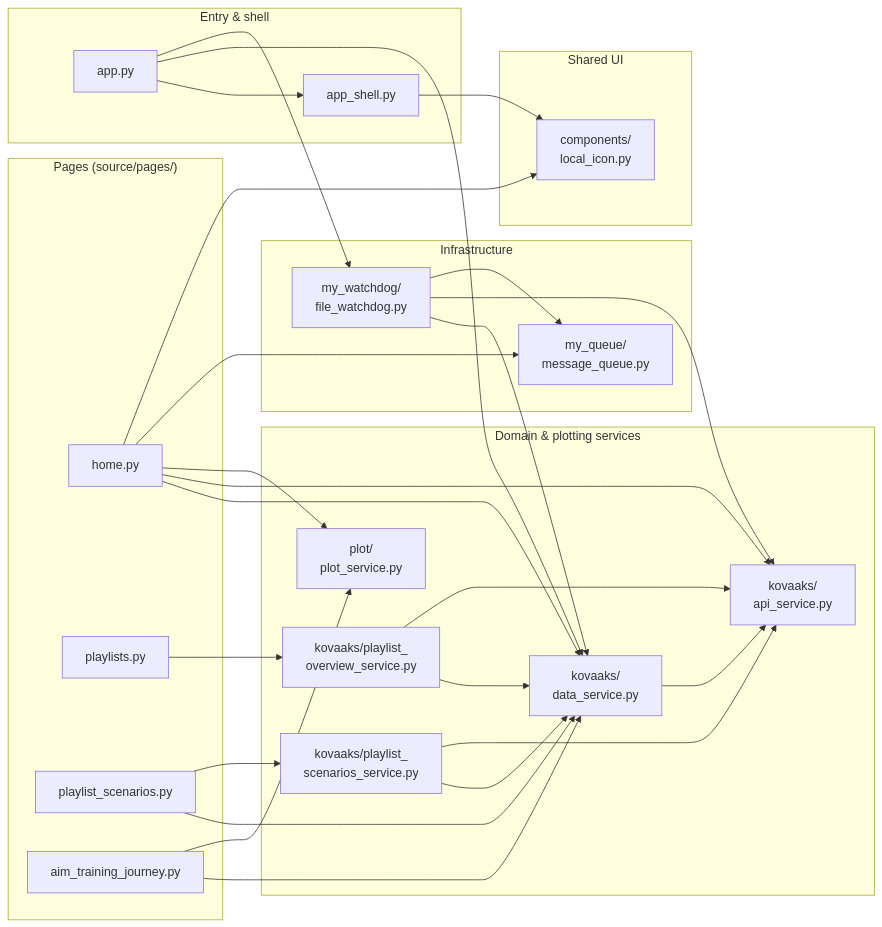
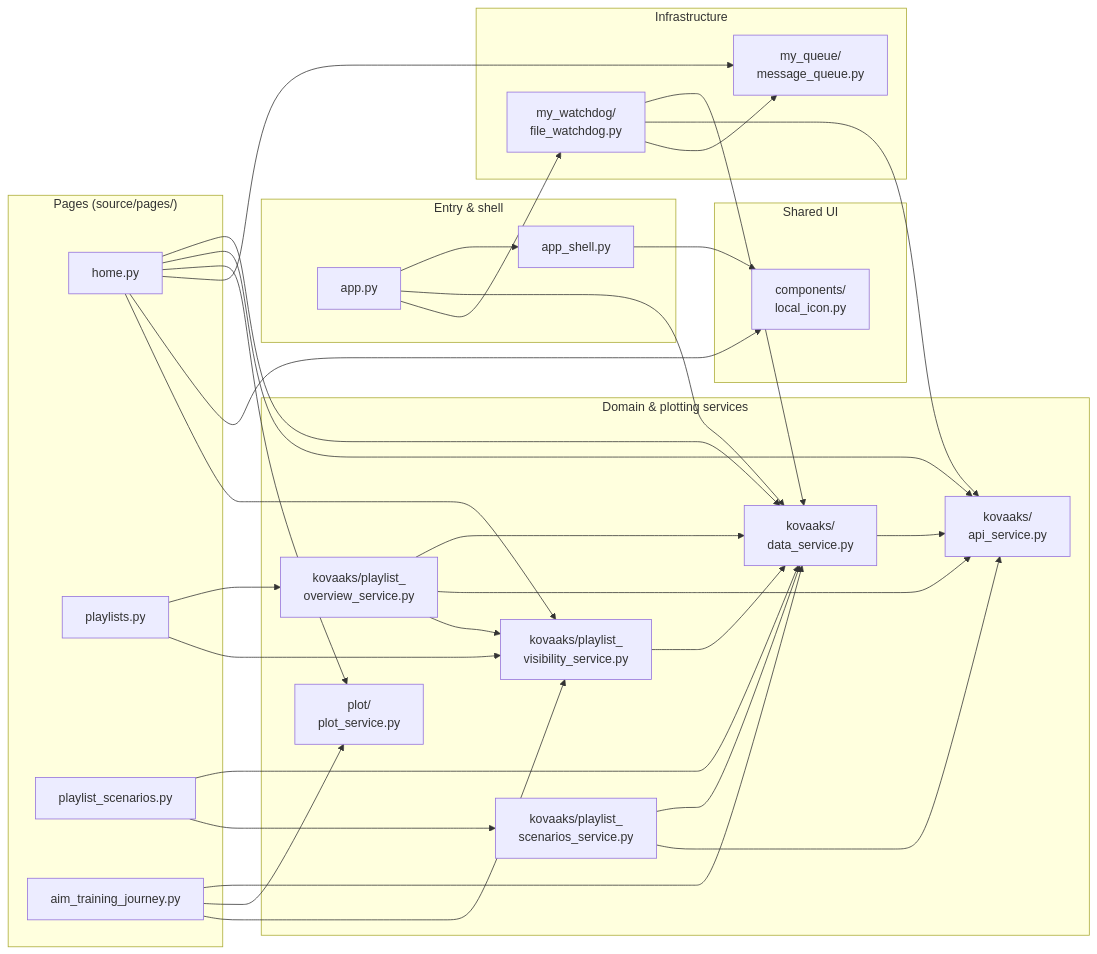
One commit to MingoDynasty/Corporate-Serf-Dashboard changed the third of 3 diagrams in docs/architecture.md. Above: the diagram before and after it, drawn with Mermaid. The commit also changed other lines of this file and 17 other files, not shown here.

First line of the commit message:
feat: per-playlist show/hide visibility (proposal PR 2a)

````diff
--- a/docs/architecture.md
+++ b/docs/architecture.md
@@ -118,57 +122,64 @@
 ```mermaid
 flowchart LR
     subgraph Entry["Entry & shell"]
         App["app.py"]
         Shell["app_shell.py"]
     end
 
     subgraph Pages["Pages (source/pages/)"]
         Home["home.py"]
         Playlists["playlists.py"]
         PlaylistScenarios["playlist_scenarios.py"]
         Journey["aim_training_journey.py"]
     end
 
     subgraph SharedUI["Shared UI"]
         LocalIcon["components/<br/>local_icon.py"]
     end
 
     subgraph Services["Domain & plotting services"]
         DataService["kovaaks/<br/>data_service.py"]
         ApiService["kovaaks/<br/>api_service.py"]
         PlaylistService["kovaaks/playlist_<br/>scenarios_service.py"]
         OverviewService["kovaaks/playlist_<br/>overview_service.py"]
+        Visibility["kovaaks/playlist_<br/>visibility_service.py"]
         PlotService["plot/<br/>plot_service.py"]
     end
 
     subgraph Infra["Infrastructure"]
         FileWatchdog["my_watchdog/<br/>file_watchdog.py"]
         Queue["my_queue/<br/>message_queue.py"]
     end
 
     App --> Shell
     App --> DataService
     App --> FileWatchdog
 
     Shell --> LocalIcon
     Home --> DataService
     Home --> ApiService
     Home --> PlotService
     Home --> Queue
     Home --> LocalIcon
     Playlists --> OverviewService
     PlaylistScenarios --> DataService
     PlaylistScenarios --> PlaylistService
     Journey --> DataService
     Journey --> PlotService
 
+    Home --> Visibility
+    Journey --> Visibility
+    Playlists --> Visibility
+
     PlaylistService --> DataService
     PlaylistService --> ApiService
     OverviewService --> DataService
     OverviewService --> ApiService
+    OverviewService --> Visibility
+    Visibility --> DataService
     DataService --> ApiService
 
     FileWatchdog --> DataService
     FileWatchdog --> ApiService
     FileWatchdog --> Queue
 ```
````
